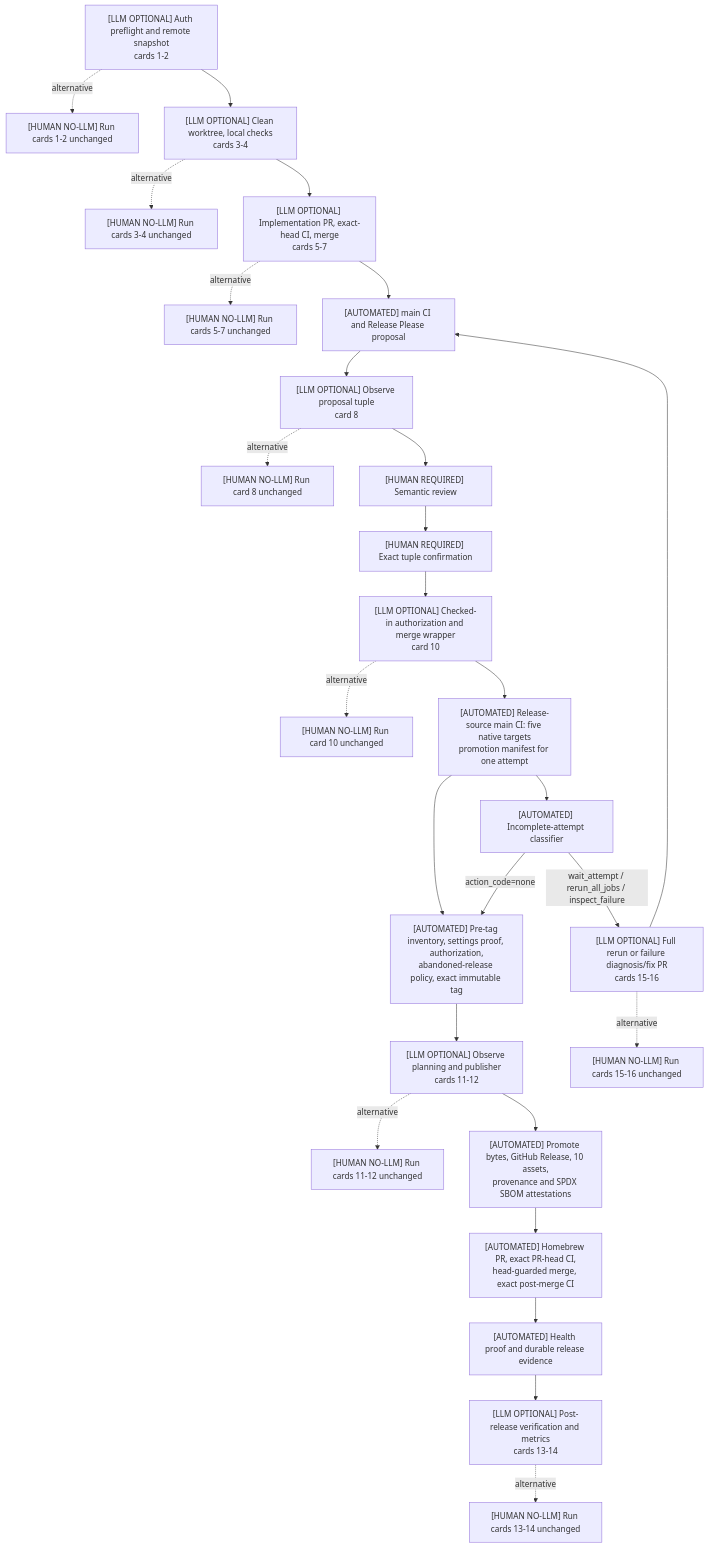
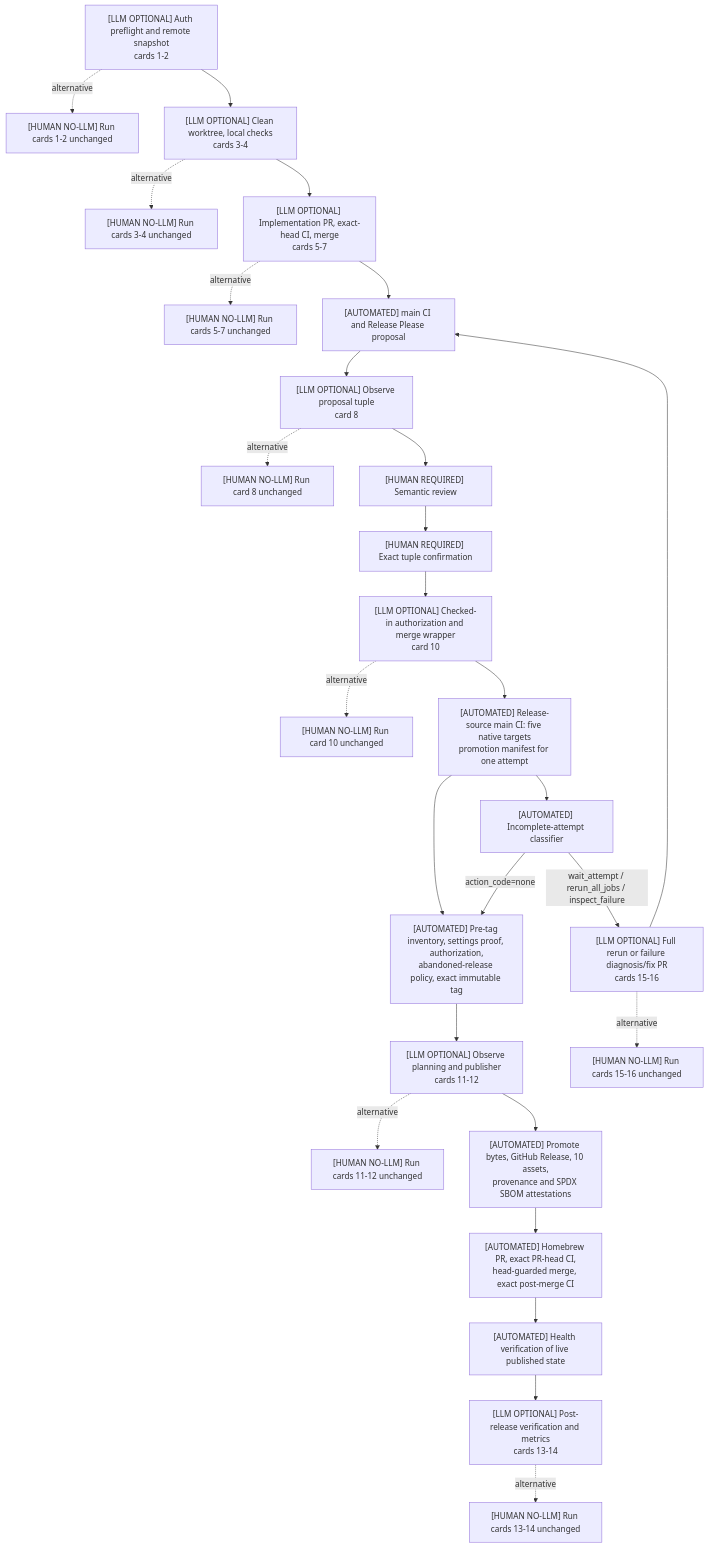
One commit to ildarbinanas-design/env-vault changed the diagram in docs/release-operator-runbook.md. Above: the diagram before and after it, drawn with Mermaid. The commit also changed other lines of this file and 54 other files, not shown here.

First line of the commit message:
ci(release): drop the append-only release-evidence ledger (#71)

````diff
--- a/docs/release-operator-runbook.md
+++ b/docs/release-operator-runbook.md
@@ -57,42 +57,42 @@
 ```mermaid
 flowchart TD
     A["[LLM OPTIONAL] Auth preflight and remote snapshot<br/>cards 1-2"]
     A0["[HUMAN NO-LLM] Run cards 1-2 unchanged"]
     B["[LLM OPTIONAL] Clean worktree, local checks<br/>cards 3-4"]
     B0["[HUMAN NO-LLM] Run cards 3-4 unchanged"]
     C["[LLM OPTIONAL] Implementation PR, exact-head CI, merge<br/>cards 5-7"]
     C0["[HUMAN NO-LLM] Run cards 5-7 unchanged"]
     D["[AUTOMATED] main CI and Release Please proposal"]
     E["[LLM OPTIONAL] Observe proposal tuple<br/>card 8"]
     E0["[HUMAN NO-LLM] Run card 8 unchanged"]
     F["[HUMAN REQUIRED] Semantic review"]
     G["[HUMAN REQUIRED] Exact tuple confirmation"]
     H["[LLM OPTIONAL] Checked-in authorization and merge wrapper<br/>card 10"]
     H0["[HUMAN NO-LLM] Run card 10 unchanged"]
     I["[AUTOMATED] Release-source main CI: five native targets<br/>promotion manifest for one attempt"]
     J["[AUTOMATED] Pre-tag inventory, settings proof, authorization,<br/>abandoned-release policy, exact immutable tag"]
     K["[LLM OPTIONAL] Observe planning and publisher<br/>cards 11-12"]
     K0["[HUMAN NO-LLM] Run cards 11-12 unchanged"]
     L["[AUTOMATED] Promote bytes, GitHub Release, 10 assets,<br/>provenance and SPDX SBOM attestations"]
     M["[AUTOMATED] Homebrew PR, exact PR-head CI,<br/>head-guarded merge, exact post-merge CI"]
-    N["[AUTOMATED] Health proof and durable release evidence"]
+    N["[AUTOMATED] Health verification of live published state"]
     O["[LLM OPTIONAL] Post-release verification and metrics<br/>cards 13-14"]
     O0["[HUMAN NO-LLM] Run cards 13-14 unchanged"]
     X["[AUTOMATED] Incomplete-attempt classifier"]
     Y["[LLM OPTIONAL] Full rerun or failure diagnosis/fix PR<br/>cards 15-16"]
     Y0["[HUMAN NO-LLM] Run cards 15-16 unchanged"]
 
     A --> B --> C --> D --> E --> F --> G --> H --> I --> J --> K --> L --> M --> N --> O
     A -. alternative .-> A0
     B -. alternative .-> B0
     C -. alternative .-> C0
     E -. alternative .-> E0
     H -. alternative .-> H0
     K -. alternative .-> K0
     O -. alternative .-> O0
     I --> X
     X -->|"action_code=none"| J
     X -->|"wait_attempt / rerun_all_jobs / inspect_failure"| Y
     Y -. alternative .-> Y0
     Y --> D
 ```
````
